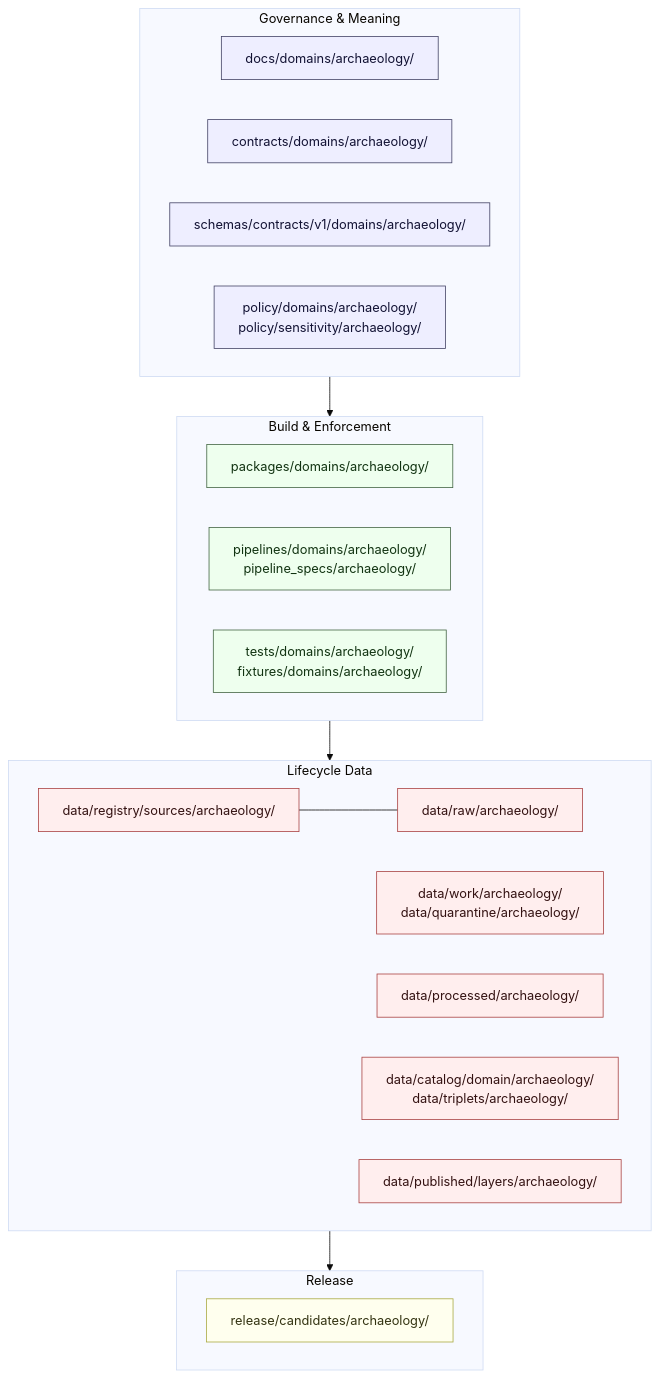
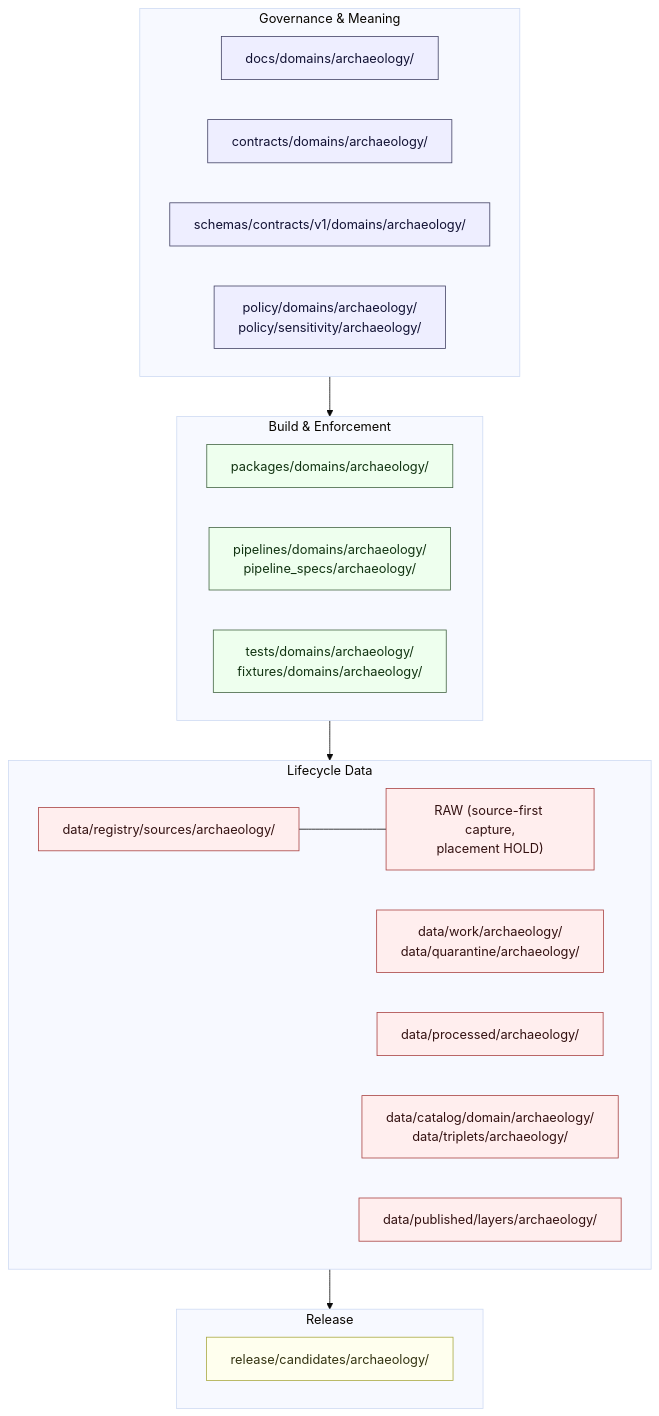
The second of 5 diagrams in docs/domains/archaeology/EXPANSION_PLAN.md (bartytime4life/Kansas-Frontier-Matrix), drawn with Mermaid (base theme) before and after one commit. The commit also changed other lines of this file and 13 other files, not shown here.

First line of the commit message:
docs(archaeology): align RAW placement doctrine with source-first DIR-SOURCE-001

````diff
--- a/docs/domains/archaeology/EXPANSION_PLAN.md
+++ b/docs/domains/archaeology/EXPANSION_PLAN.md
@@ -300,40 +302,40 @@
 ```mermaid
 flowchart TB
   classDef governance fill:#eef,stroke:#446,color:#113;
   classDef build fill:#efe,stroke:#464,color:#131;
   classDef data fill:#fee,stroke:#a44,color:#311;
   classDef release fill:#ffe,stroke:#aa4,color:#331;
 
   subgraph G["Governance &amp; Meaning"]
     direction LR
     DOCS["docs/domains/archaeology/"]:::governance
     CONTRACTS["contracts/domains/archaeology/"]:::governance
     SCHEMAS["schemas/contracts/v1/domains/archaeology/"]:::governance
     POL["policy/domains/archaeology/<br/>policy/sensitivity/archaeology/"]:::governance
   end
 
   subgraph B["Build &amp; Enforcement"]
     direction LR
     PKG["packages/domains/archaeology/"]:::build
     PIPE["pipelines/domains/archaeology/<br/>pipeline_specs/archaeology/"]:::build
     TESTS["tests/domains/archaeology/<br/>fixtures/domains/archaeology/"]:::build
   end
 
   subgraph D["Lifecycle Data"]
     direction LR
-    RAW["data/raw/archaeology/"]:::data
+    RAW["RAW (source-first capture,<br/>placement HOLD)"]:::data
     WORK["data/work/archaeology/<br/>data/quarantine/archaeology/"]:::data
     PROC["data/processed/archaeology/"]:::data
     CAT["data/catalog/domain/archaeology/<br/>data/triplets/archaeology/"]:::data
     PUB["data/published/layers/archaeology/"]:::data
     REG["data/registry/sources/archaeology/"]:::data
   end
 
   subgraph R["Release"]
     direction LR
     REL["release/candidates/archaeology/"]:::release
   end
 
   G --> B --> D --> R
   REG --- RAW
 ```
````
